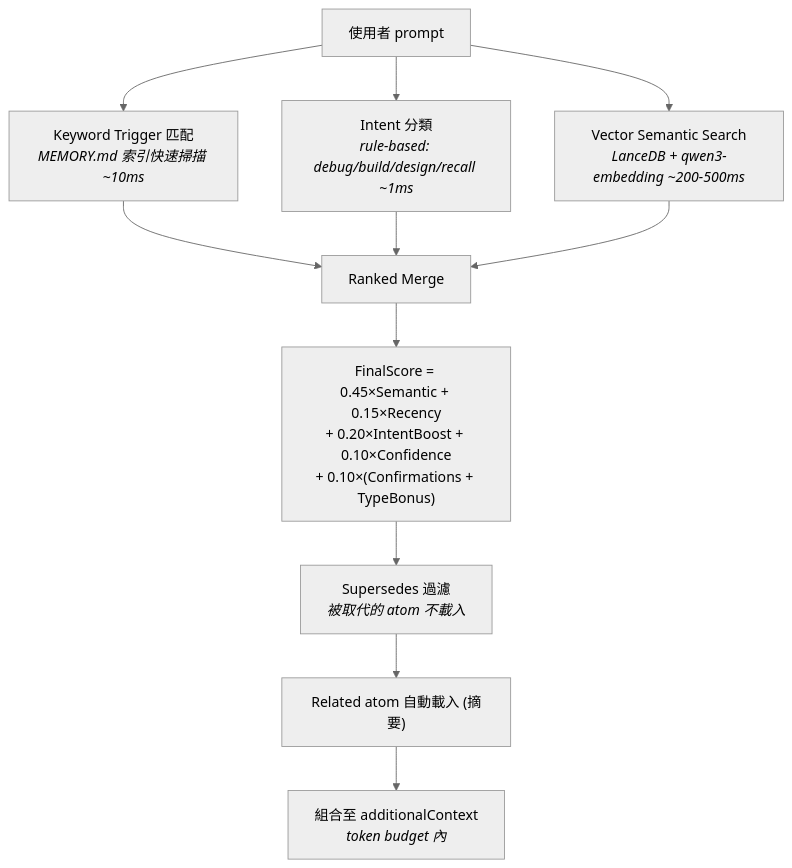
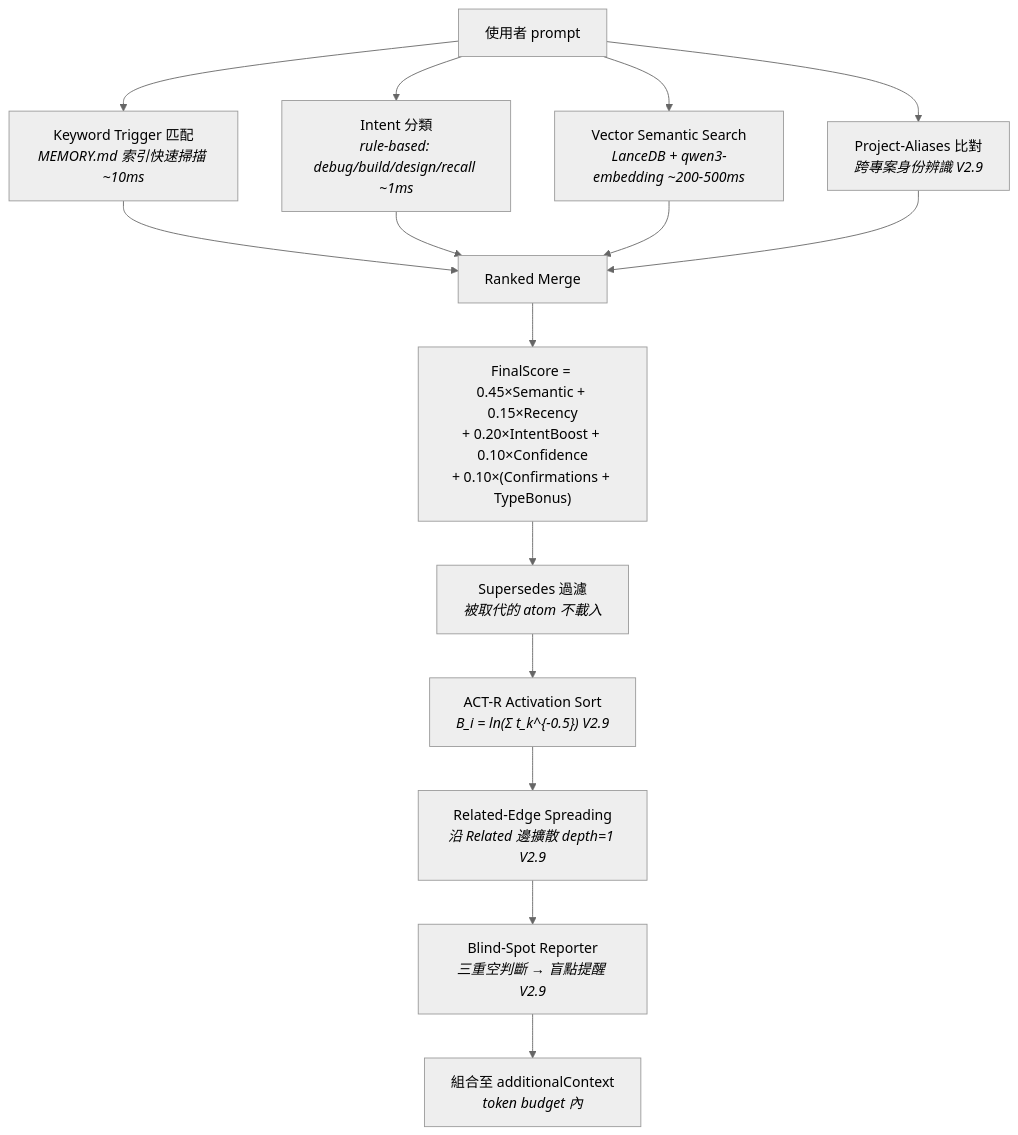
The third of 5 diagrams in README.md (holylight1979/HomeClaudeCode-.claude), drawn with Mermaid (neutral theme) before and after one commit. The commit also changed other lines of this file and 1 other file, not shown here.

````diff
--- a/README.md
+++ b/README.md
@@ -261,16 +266,21 @@
 ```mermaid
 flowchart TD
     P["使用者 prompt"] --> KW["Keyword Trigger 匹配<br/><i>MEMORY.md 索引快速掃描 ~10ms</i>"]
     P --> INT["Intent 分類<br/><i>rule-based: debug/build/design/recall ~1ms</i>"]
     P --> VS["Vector Semantic Search<br/><i>LanceDB + qwen3-embedding ~200-500ms</i>"]
 
     KW --> MG["Ranked Merge"]
     INT --> MG
     VS --> MG
 
     MG --> SC["FinalScore = 0.45×Semantic + 0.15×Recency<br/>+ 0.20×IntentBoost + 0.10×Confidence<br/>+ 0.10×(Confirmations + TypeBonus)"]
 
+    P --> PA["Project-Aliases 比對<br/><i>跨專案身份辨識 V2.9</i>"]
+    PA --> MG
+
     SC --> SF["Supersedes 過濾<br/><i>被取代的 atom 不載入</i>"]
-    SF --> RL["Related atom 自動載入 (摘要)"]
-    RL --> CTX["組合至 additionalContext<br/><i>token budget 內</i>"]
+    SF --> AR["ACT-R Activation Sort<br/><i>B_i = ln(Σ t_k^{-0.5}) V2.9</i>"]
+    AR --> RL["Related-Edge Spreading<br/><i>沿 Related 邊擴散 depth=1 V2.9</i>"]
+    RL --> BS["Blind-Spot Reporter<br/><i>三重空判斷 → 盲點提醒 V2.9</i>"]
+    BS --> CTX["組合至 additionalContext<br/><i>token budget 內</i>"]
 ```
````
